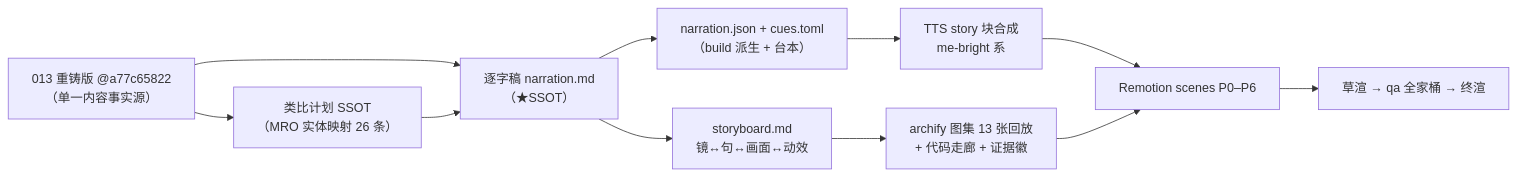
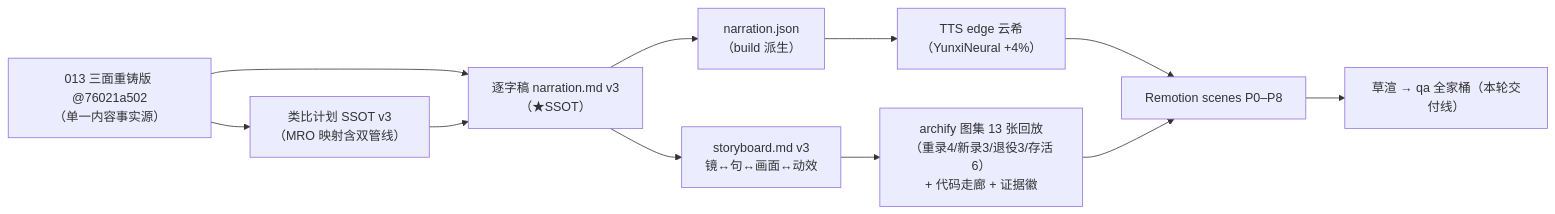
One commit to ThreeFish-AI/negentropy changed the diagram in apps/negentropy-influence/episodes/context-layer-video/script/planning.md. Above: the diagram before and after it, drawn with Mermaid. The commit also changed other lines of this file and 63 other files, not shown here.

First line of the commit message:
feat(influence): context-layer 第 2 集 v3 换代重制——三面蓝图对齐 + 双管线走图 + edge 草渲交付（26:27）;

````diff
--- a/apps/negentropy-influence/episodes/context-layer-video/script/planning.md
+++ b/apps/negentropy-influence/episodes/context-layer-video/script/planning.md
@@ -62,13 +62,13 @@
 ```mermaid
 flowchart LR
-    A["013 重铸版 @a77c65822<br/>（单一内容事实源）"] --> B["逐字稿 narration.md<br/>（★SSOT）"]
-    A --> C["类比计划 SSOT<br/>（MRO 实体映射 26 条）"]
+    A["013 三面重铸版 @76021a502<br/>（单一内容事实源）"] --> B["逐字稿 narration.md v3<br/>（★SSOT）"]
+    A --> C["类比计划 SSOT v3<br/>（MRO 映射含双管线）"]
     C --> B
-    B --> D["narration.json + cues.toml<br/>（build 派生 + 台本）"]
-    D --> E["TTS story 块合成<br/>me-bright 系"]
-    B --> F["storyboard.md<br/>镜↔句↔画面↔动效"]
-    F --> G["archify 图集 13 张回放<br/>+ 代码走廊 + 证据徽"]
-    E --> H["Remotion scenes P0–P6"]
+    B --> D["narration.json<br/>（build 派生）"]
+    D --> E["TTS edge 云希<br/>（YunxiNeural +4%）"]
+    B --> F["storyboard.md v3<br/>镜↔句↔画面↔动效"]
+    F --> G["archify 图集 13 张回放<br/>（重录4/新录3/退役3/存活6）<br/>+ 代码走廊 + 证据徽"]
+    E --> H["Remotion scenes P0–P8"]
     G --> H
-    H --> I["草渲 → qa 全家桶 → 终渲"]
+    H --> I["草渲 → qa 全家桶（本轮交付线）"]
 ```
````
